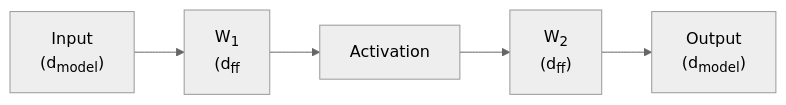
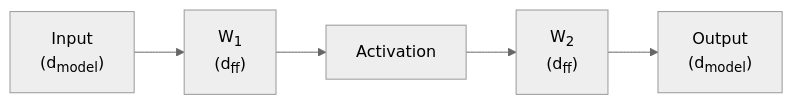
The third of 15 diagrams in index.md (ChrisZhu2050/chriszhu2050.github.io), drawn with Mermaid (neutral theme) before and after one commit.

````diff
--- a/index.md
+++ b/index.md
@@ -137,10 +137,10 @@
       ```mermaid
         graph LR
             G["`Input
             (d<sub>model</sub>)`"]  --> 
             A["`W<sub>1</sub>
-            (d<sub>ff</sub>`"]  --> B["`Activation`"] --> D["`W<sub>2</sub>
+            (d<sub>ff</sub>)`"]  --> B["`Activation`"] --> D["`W<sub>2</sub>
             (d<sub>ff</sub>)
             `"] --> E["`Output
             (d<sub>model</sub>)`"]
       ```  
````
